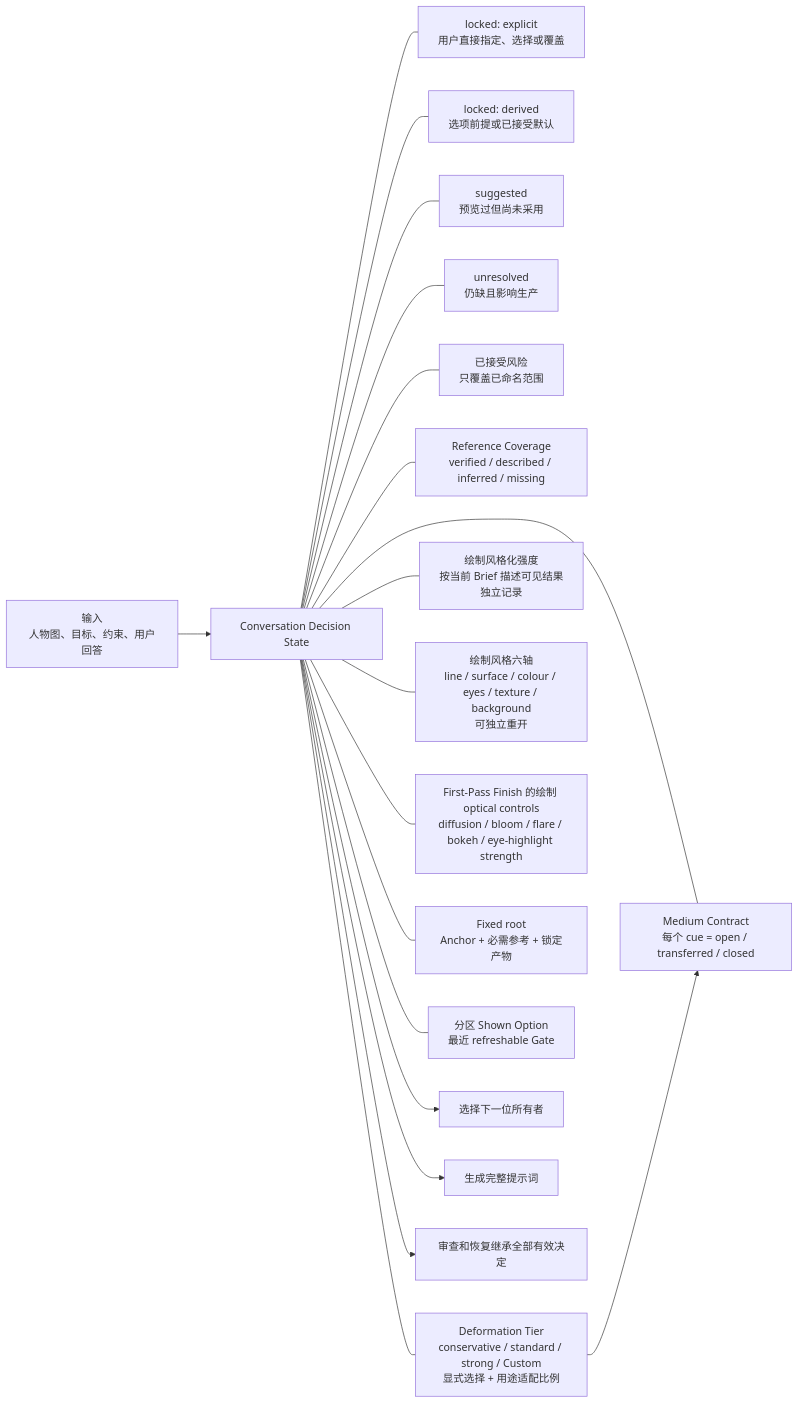
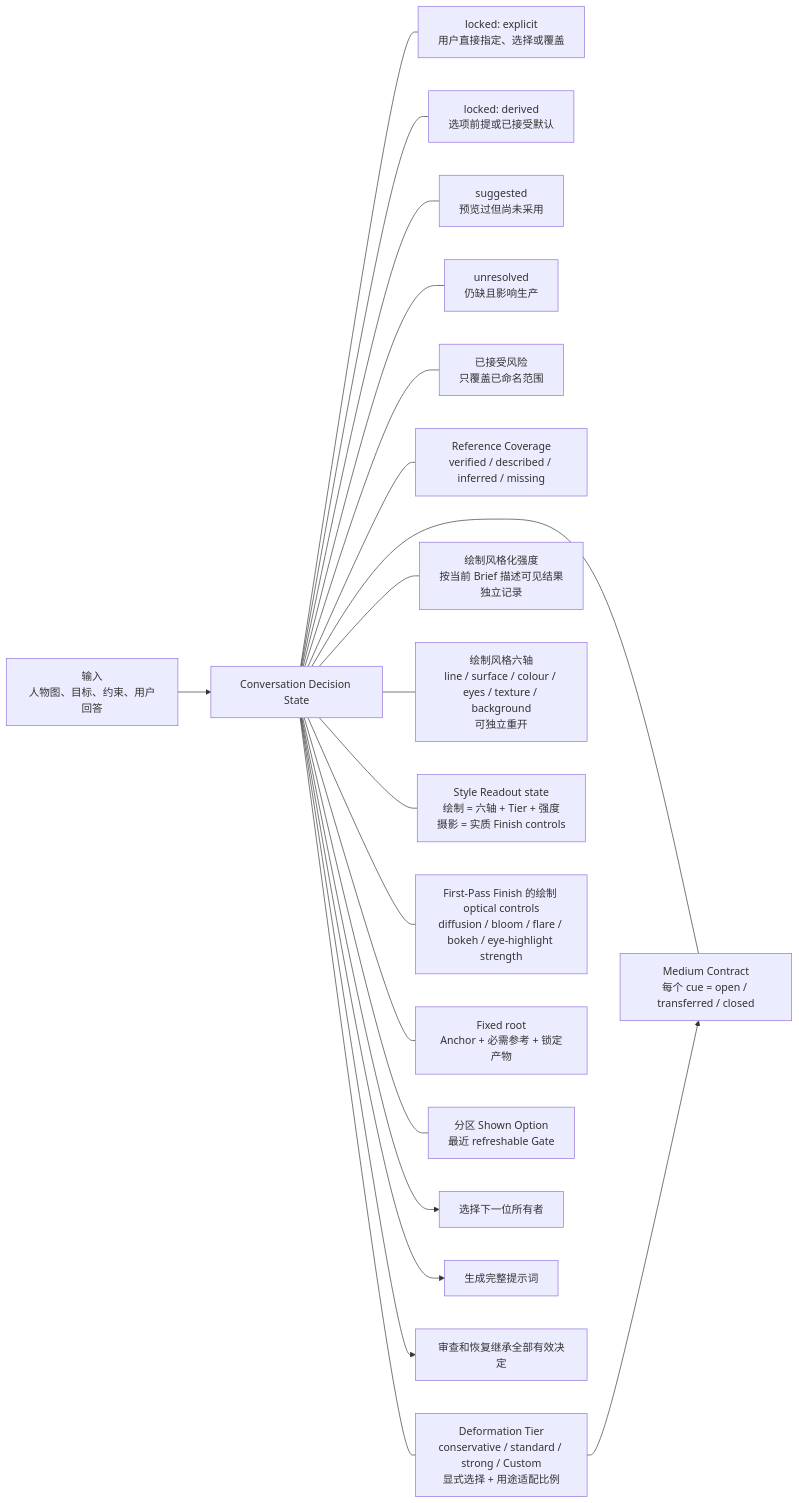
One commit to cyaoc/cast-me changed the third of 13 diagrams in docs/architecture.md. Above: the diagram before and after it, drawn with Mermaid. The commit also changed other lines of this file and 3 other files, not shown here.

````diff
--- a/docs/architecture.md
+++ b/docs/architecture.md
@@ -142,23 +143,24 @@
 ```mermaid
 flowchart LR
     INPUT["输入<br/>人物图、目标、约束、用户回答"] --> STATE["Conversation Decision State"]
 
     STATE --- E["locked: explicit<br/>用户直接指定、选择或覆盖"]
     STATE --- D["locked: derived<br/>选项前提或已接受默认"]
     STATE --- S["suggested<br/>预览过但尚未采用"]
     STATE --- U["unresolved<br/>仍缺且影响生产"]
     STATE --- RISK["已接受风险<br/>只覆盖已命名范围"]
     STATE --- COVER["Reference Coverage<br/>verified / described / inferred / missing"]
     STATE --- TIER["Deformation Tier<br/>conservative / standard / strong / Custom<br/>显式选择 + 用途适配比例"]
     STATE --- INTENSITY["绘制风格化强度<br/>按当前 Brief 描述可见结果<br/>独立记录"]
     STATE --- AXES["绘制风格六轴<br/>line / surface / colour / eyes / texture / background<br/>可独立重开"]
+    STATE --- READOUT["Style Readout state<br/>绘制 = 六轴 + Tier + 强度<br/>摄影 = 实质 Finish controls"]
     STATE --- OPTICAL["First-Pass Finish 的绘制 optical controls<br/>diffusion / bloom / flare / bokeh / eye-highlight strength"]
     STATE --- MEDIUM["Medium Contract<br/>每个 cue = open / transferred / closed"]
     STATE --- ROOT["Fixed root<br/>Anchor + 必需参考 + 锁定产物"]
     STATE --- HIST["分区 Shown Option<br/>最近 refreshable Gate"]
 
     STATE --> ROUTE["选择下一位所有者"]
     STATE --> PROMPT["生成完整提示词"]
     STATE --> REVIEW["审查和恢复继承全部有效决定"]
     TIER --> MEDIUM
 ```
````
